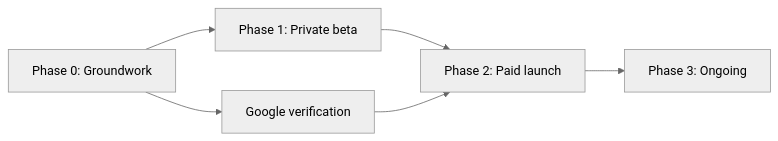
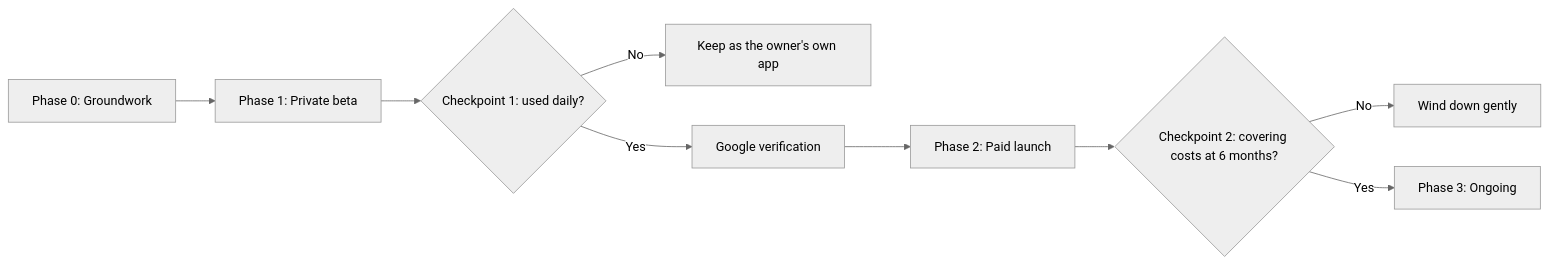
One commit to nwoolls/mailboat changed the diagram in docs/ROADMAP.md. Above: the diagram before and after it, drawn with Mermaid (neutral theme). The commit also changed other lines of this file, not shown here.

````diff
--- a/docs/ROADMAP.md
+++ b/docs/ROADMAP.md
@@ -2193,8 +2196,11 @@
 ```mermaid
 flowchart LR
   P0["Phase 0: Groundwork"] --> P1["Phase 1: Private beta"]
-  P0 --> G["Google verification"]
-  P1 --> P2["Phase 2: Paid launch"]
-  G --> P2
-  P2 --> P3["Phase 3: Ongoing"]
+  P1 --> C1{"Checkpoint 1: used daily?"}
+  C1 -->|"No"| K["Keep as the owner's own app"]
+  C1 -->|"Yes"| G["Google verification"]
+  G --> P2["Phase 2: Paid launch"]
+  P2 --> C2{"Checkpoint 2: covering costs at 6 months?"}
+  C2 -->|"No"| W["Wind down gently"]
+  C2 -->|"Yes"| P3["Phase 3: Ongoing"]
 ```
````
